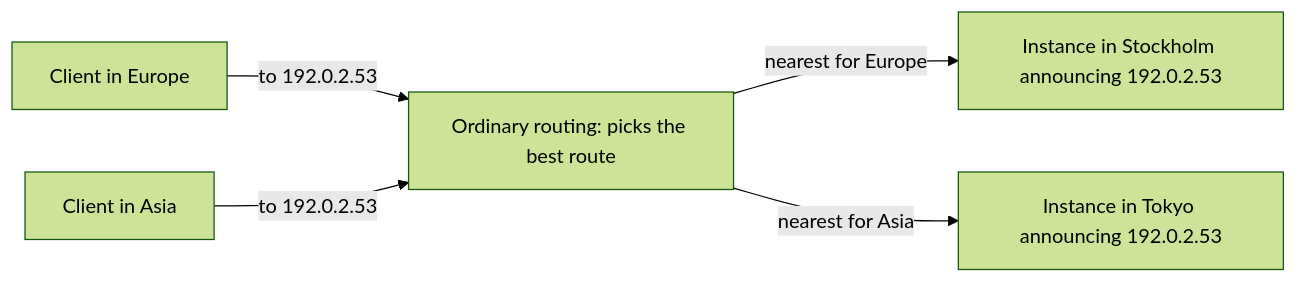
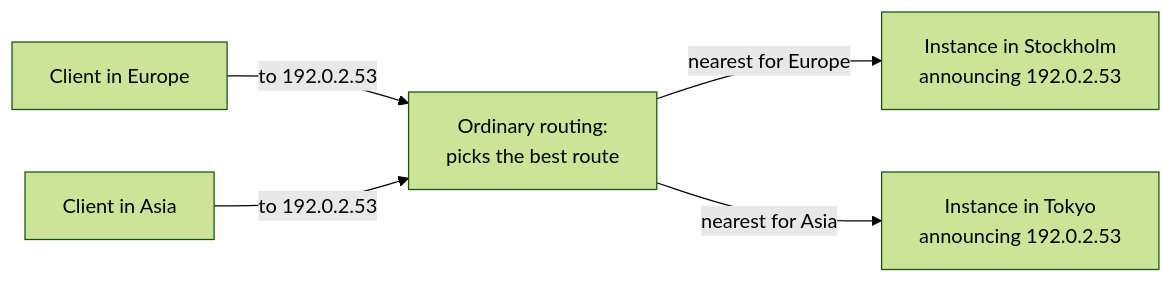
One commit to FahimMashroor/Chalmers_CSC changed diagram 20 of 37 in EDA387-Computer-Networks/03-IPv6.md. Above: the diagram before and after it, drawn with Mermaid (forest theme). The commit also changed other lines of this file, not shown here.

Commit message:
Rewrite 03 IPv6 in simple language with examples and diagrams

````diff
--- a/EDA387-Computer-Networks/03-IPv6.md
+++ b/EDA387-Computer-Networks/03-IPv6.md
@@ -608,7 +878,7 @@
 ```mermaid
 flowchart LR
-  c1["Client in Europe"] -->|"to 192.0.2.53"| r["Ordinary routing: picks the best route"]
+  c1["Client in Europe"] -->|"to 192.0.2.53"| r["Ordinary routing:<br/>picks the best route"]
   c2["Client in Asia"] -->|"to 192.0.2.53"| r
-  r -->|"nearest for Europe"| e["Instance in Stockholm announcing 192.0.2.53"]
-  r -->|"nearest for Asia"| a["Instance in Tokyo announcing 192.0.2.53"]
+  r -->|"nearest for Europe"| e["Instance in Stockholm<br/>announcing 192.0.2.53"]
+  r -->|"nearest for Asia"| a["Instance in Tokyo<br/>announcing 192.0.2.53"]
 ```
````
